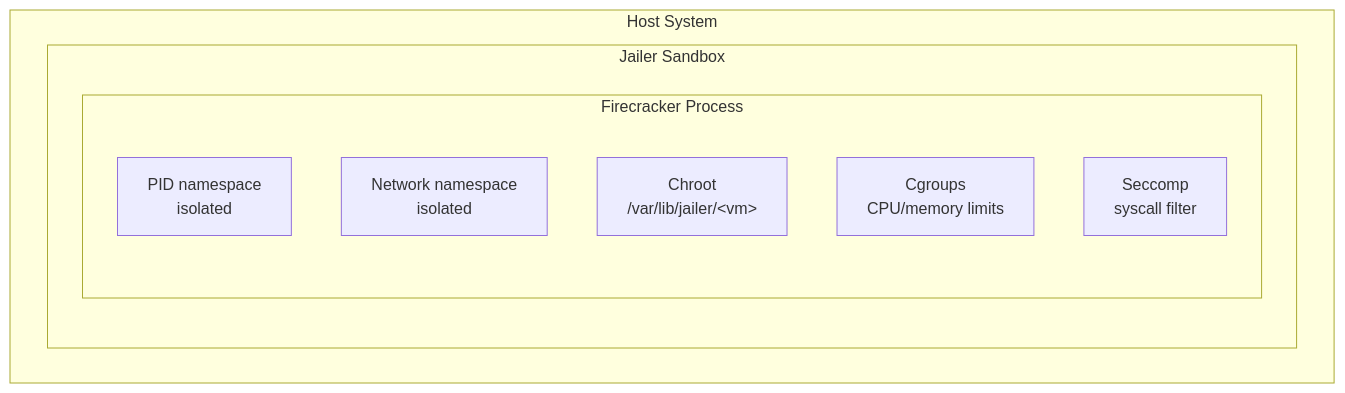
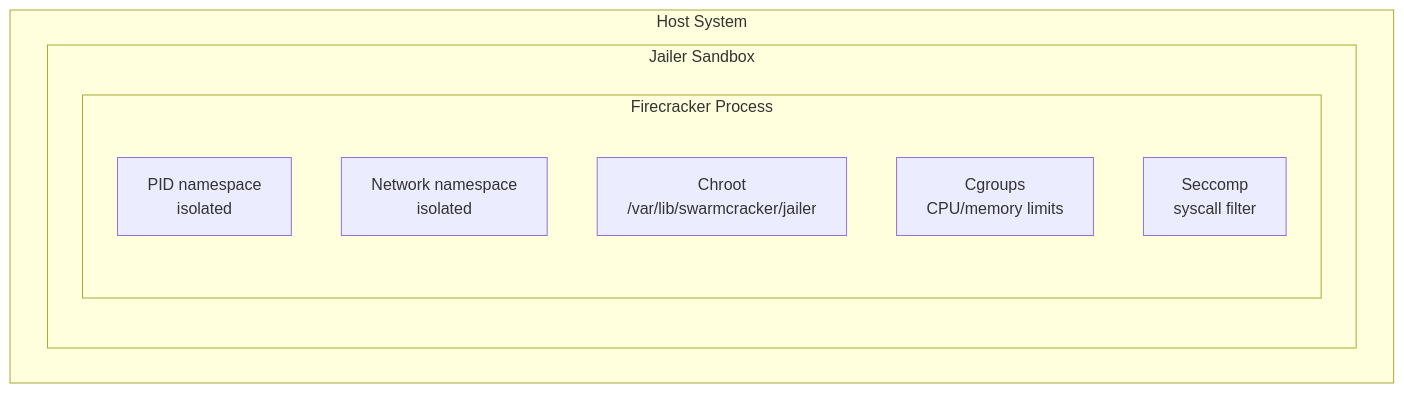
One commit to restuhaqza/SwarmCracker changed the third of 5 diagrams in docs-site/src/content/docs/architecture/index.md. Above: the diagram before and after it, drawn with Mermaid. The commit also changed other lines of this file and 46 other files, not shown here.

````diff
--- a/docs-site/src/content/docs/architecture/index.md
+++ b/docs-site/src/content/docs/architecture/index.md
@@ -194,14 +194,14 @@
 ```mermaid
 graph TB
     subgraph "Host System"
         subgraph "Jailer Sandbox"
             subgraph "Firecracker Process"
                 PID[PID namespace<br/>isolated]
                 NET[Network namespace<br/>isolated]
-                CHR[Chroot<br/>/var/lib/jailer/&lt;vm&gt;]
+                CHR[Chroot<br/>/var/lib/swarmcracker/jailer]
                 CG[Cgroups<br/>CPU/memory limits]
                 SEC[Seccomp<br/>syscall filter]
             end
         end
     end
 ```
````
